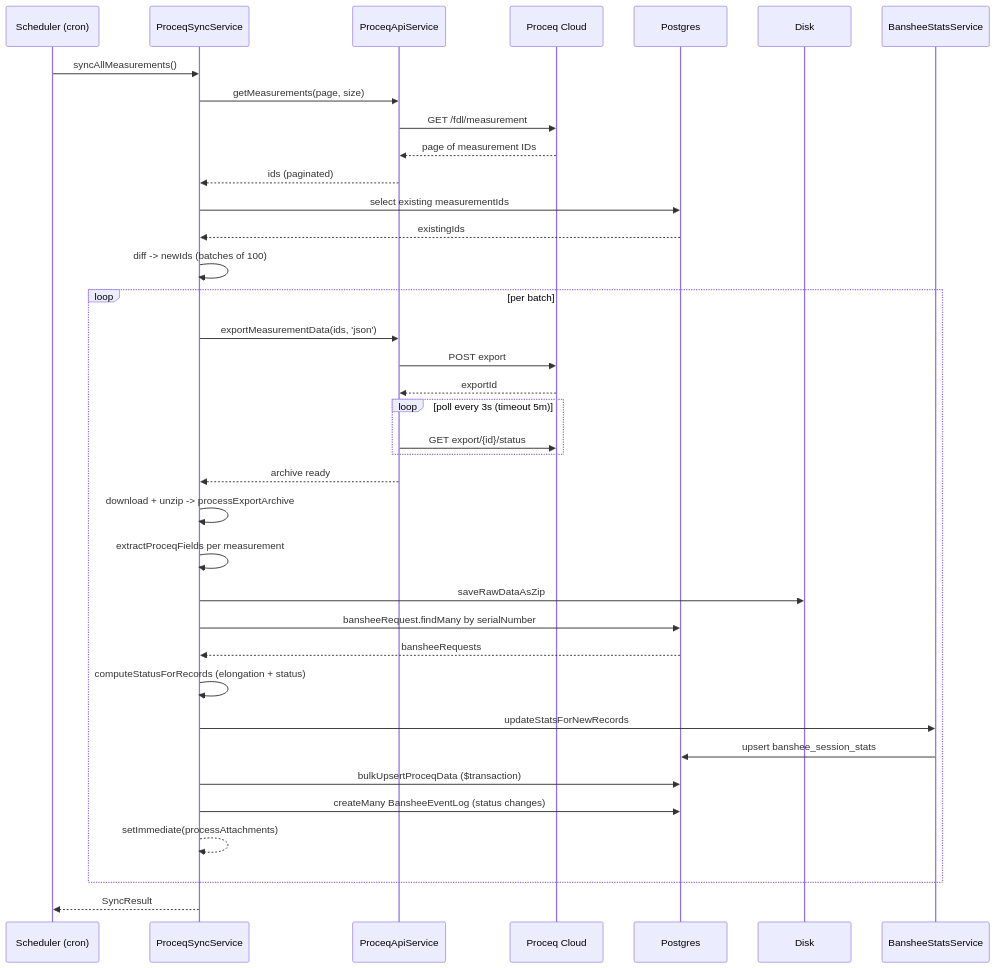
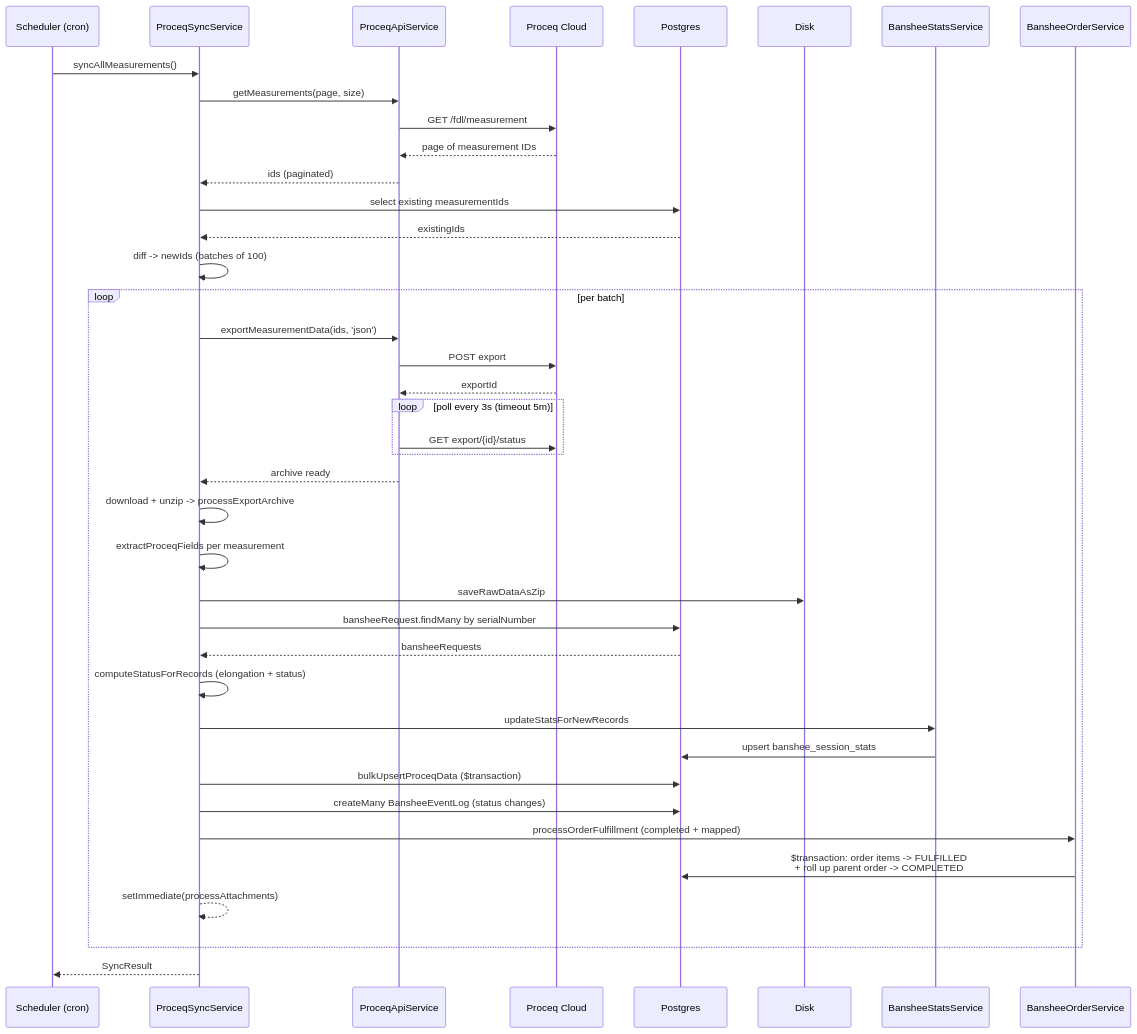
Before and after one commit to omikking/iot-device: the sixth of 22 diagrams in docs/techinal-design-document.md, drawn with Mermaid. The commit also changed other lines of this file and 50 other files, not shown here.

Commit message:
feat: implement email notification service for Banshee

````diff
--- a/docs/techinal-design-document.md
+++ b/docs/techinal-design-document.md
@@ -638,40 +668,43 @@
 ```mermaid
 sequenceDiagram
     participant CRON as Scheduler (cron)
     participant SYNC as ProceqSyncService
     participant API as ProceqApiService
     participant PR as Proceq Cloud
     participant DB as Postgres
     participant FS as Disk
     participant ST as BansheeStatsService
+    participant OR as BansheeOrderService
 
     CRON->>SYNC: syncAllMeasurements()
     SYNC->>API: getMeasurements(page, size)
     API->>PR: GET /fdl/measurement
     PR-->>API: page of measurement IDs
     API-->>SYNC: ids (paginated)
     SYNC->>DB: select existing measurementIds
     DB-->>SYNC: existingIds
     SYNC->>SYNC: diff -> newIds (batches of 100)
     loop per batch
         SYNC->>API: exportMeasurementData(ids, 'json')
         API->>PR: POST export
         PR-->>API: exportId
         loop poll every 3s (timeout 5m)
             API->>PR: GET export/{id}/status
         end
         API-->>SYNC: archive ready
         SYNC->>SYNC: download + unzip -> processExportArchive
         SYNC->>SYNC: extractProceqFields per measurement
         SYNC->>FS: saveRawDataAsZip
         SYNC->>DB: bansheeRequest.findMany by serialNumber
         DB-->>SYNC: bansheeRequests
         SYNC->>SYNC: computeStatusForRecords (elongation + status)
         SYNC->>ST: updateStatsForNewRecords
         ST->>DB: upsert banshee_session_stats
         SYNC->>DB: bulkUpsertProceqData ($transaction)
         SYNC->>DB: createMany BansheeEventLog (status changes)
+        SYNC->>OR: processOrderFulfillment (completed + mapped)
+        OR->>DB: $transaction: order items -> FULFILLED<br/>+ roll up parent order -> COMPLETED
         SYNC-->>SYNC: setImmediate(processAttachments)
     end
     SYNC-->>CRON: SyncResult
 ```
````
